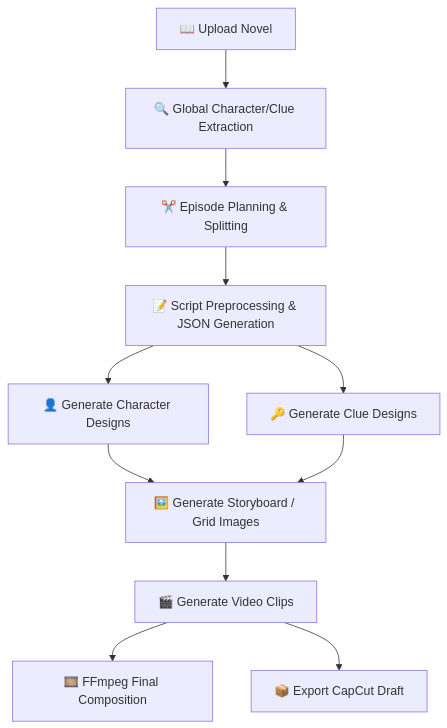
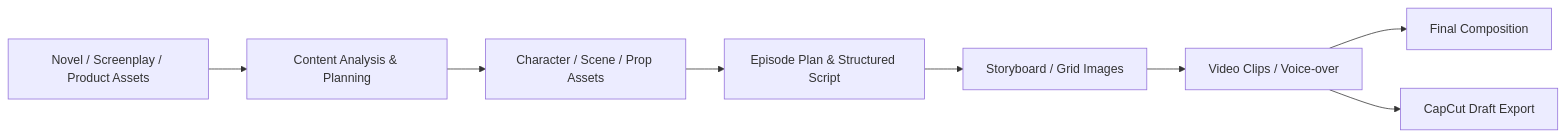
The first of 2 diagrams in README.en.md (ArcReel/ArcReel), drawn with Mermaid before and after one commit. The commit also changed other lines of this file and 9 other files, not shown here.

````diff
--- a/README.en.md
+++ b/README.en.md
@@ -78,13 +88,10 @@
 ```mermaid
-graph TD
-    A["📖 Upload Novel"] --> B["🔍 Global Character/Clue Extraction"]
-    B --> C["✂️ Episode Planning & Splitting"]
-    C --> D["📝 Script Preprocessing & JSON Generation"]
-    D --> E["👤 Generate Character Designs"]
-    D --> F["🔑 Generate Clue Designs"]
-    E --> G["🖼️ Generate Storyboard / Grid Images"]
-    F --> G
-    G --> H["🎬 Generate Video Clips"]
-    H --> I["🎞️ FFmpeg Final Composition"]
-    H --> J["📦 Export CapCut Draft"]
+flowchart LR
+    A["Novel / Screenplay / Product Assets"] --> B["Content Analysis & Planning"]
+    B --> C["Character / Scene / Prop Assets"]
+    C --> D["Episode Plan & Structured Script"]
+    D --> E["Storyboard / Grid Images"]
+    E --> F["Video Clips / Voice-over"]
+    F --> G["Final Composition"]
+    F --> H["CapCut Draft Export"]
 ```
````
